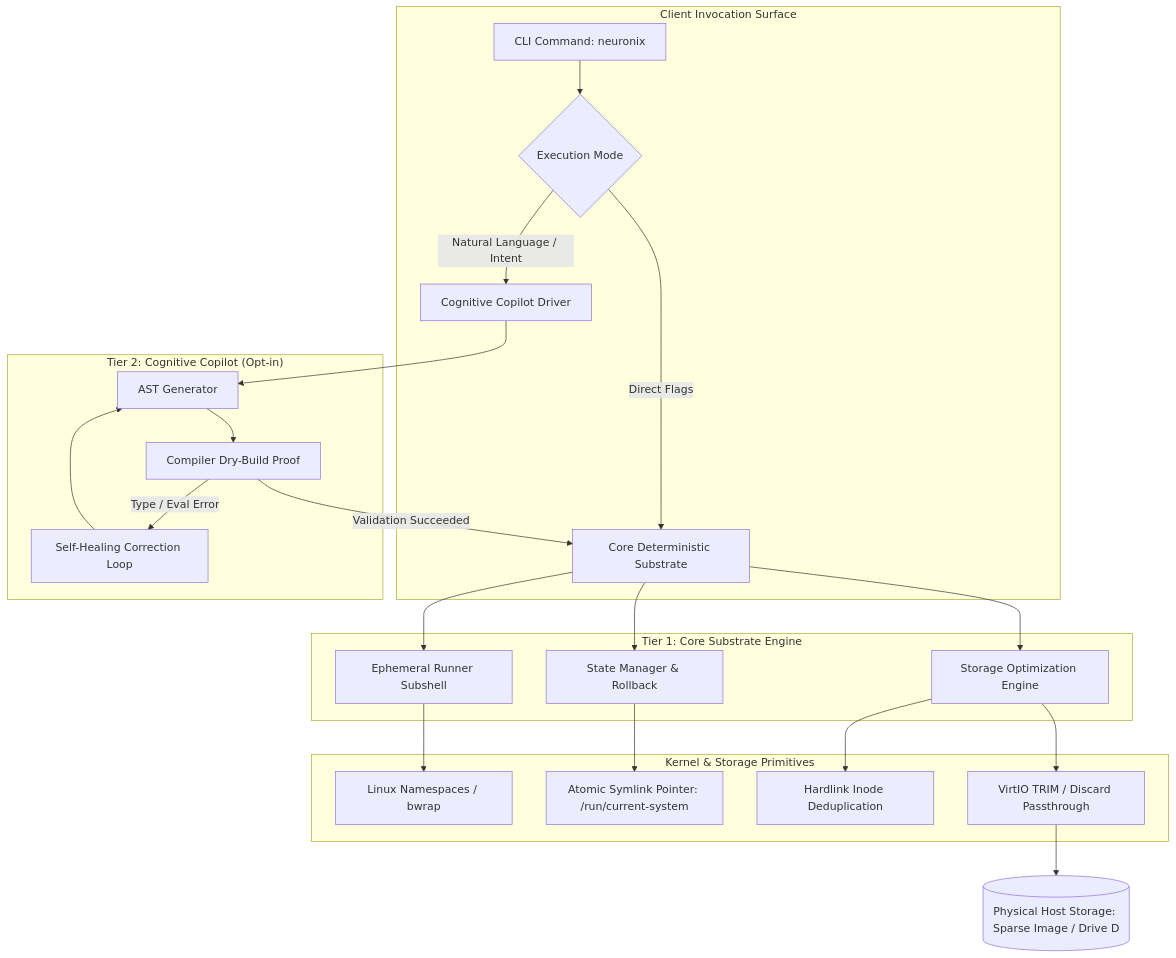
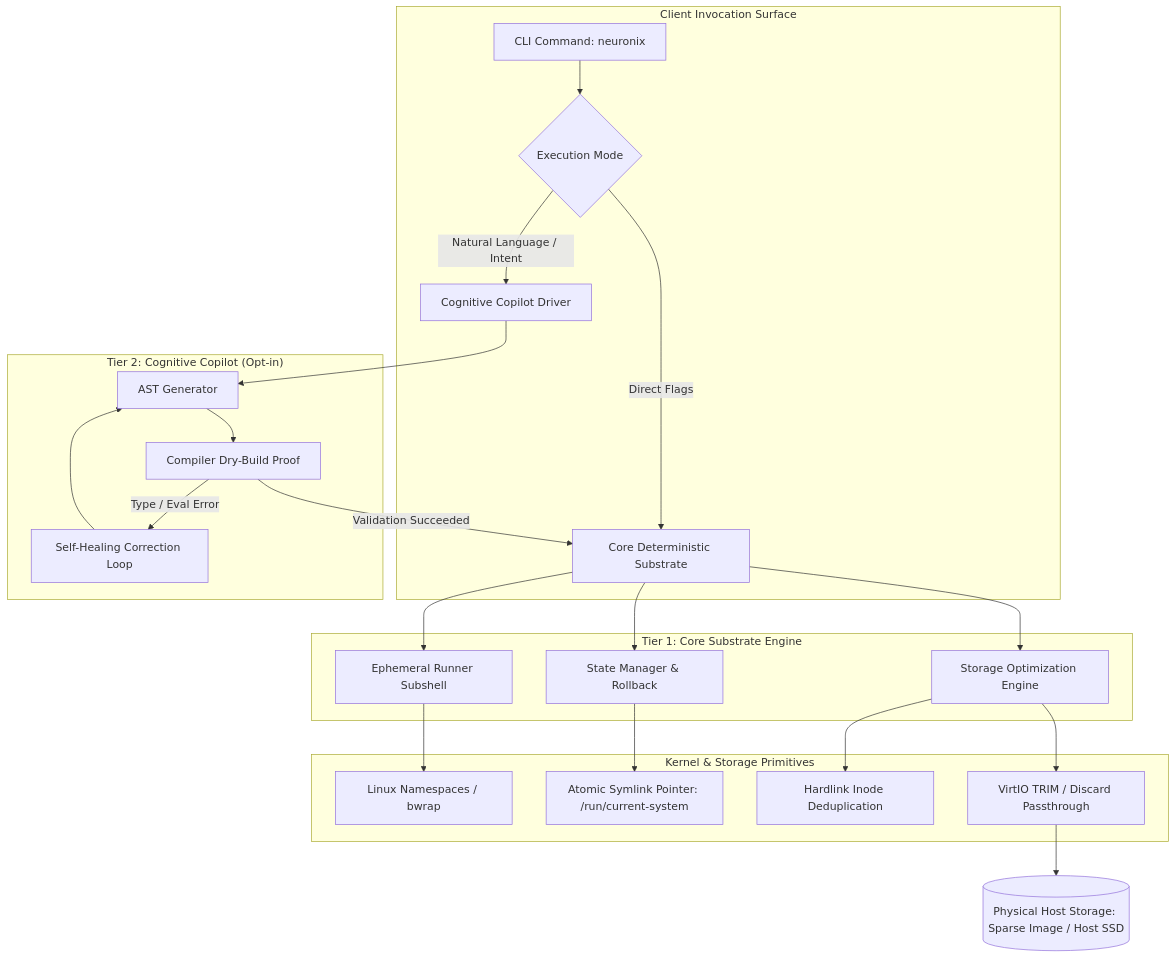
The diagram in README.md (adamriofc/NeuronixOS), drawn with Mermaid before and after one commit. The commit also changed other lines of this file and 24 other files, not shown here.

Commit message:
refactor(core): purge hardcoded local PC paths and drive D references, enforce universal hardware-agnostic storage abstraction

````diff
--- a/README.md
+++ b/README.md
@@ -50,31 +50,31 @@
 ```mermaid
 flowchart TD
     subgraph Client ["Client Invocation Surface"]
         A[CLI Command: neuronix] --> B{Execution Mode}
         B -->|Direct Flags| C[Core Deterministic Substrate]
         B -->|Natural Language / Intent| D[Cognitive Copilot Driver]
     end
 
     subgraph Tier2 ["Tier 2: Cognitive Copilot (Opt-in)"]
         D --> E[AST Generator]
         E --> F[Compiler Dry-Build Proof]
         F -->|Validation Succeeded| C
         F -->|Type / Eval Error| G[Self-Healing Correction Loop]
         G --> E
     end
 
     subgraph Tier1 ["Tier 1: Core Substrate Engine"]
         C --> H[Ephemeral Runner Subshell]
         C --> I[State Manager & Rollback]
         C --> J[Storage Optimization Engine]
     end
 
     subgraph Kernel ["Kernel & Storage Primitives"]
         H --> K[Linux Namespaces / bwrap]
         I --> L[Atomic Symlink Pointer: /run/current-system]
         J --> M[Hardlink Inode Deduplication]
         J --> N[VirtIO TRIM / Discard Passthrough]
     end
 
-    N --> O[(Physical Host Storage: Sparse Image / Drive D)]
+    N --> O[(Physical Host Storage: Sparse Image / Host SSD)]
 ```
````
